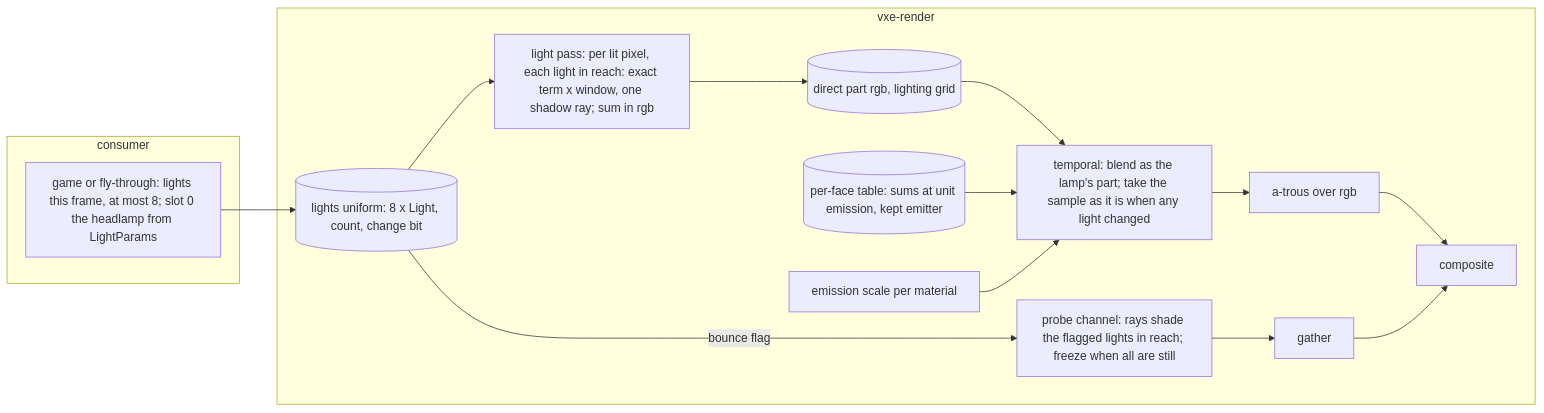
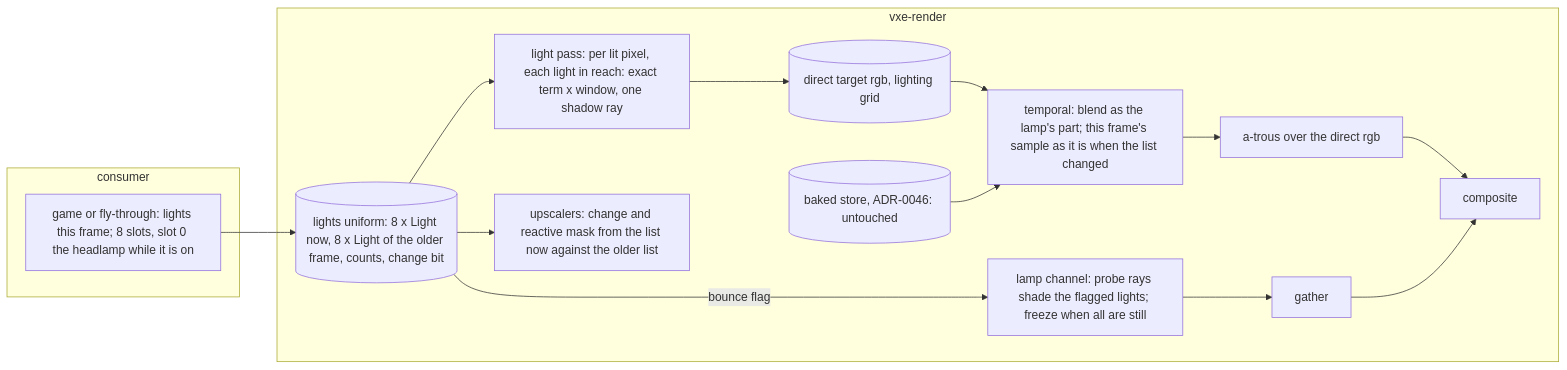
Before and after one commit to IgorKonovalov/voxel-engine: the diagram in docs/plans/0058-dynamic-lights-a-list-of-analytic-lights-dropped-carried-and-bounced.md, drawn with Mermaid. The commit also changed other lines of this file and 11 other files, not shown here.

````diff
--- a/docs/plans/0058-dynamic-lights-a-list-of-analytic-lights-dropped-carried-and-bounced.md
+++ b/docs/plans/0058-dynamic-lights-a-list-of-analytic-lights-dropped-carried-and-bounced.md
@@ -90,16 +115,16 @@
 ```mermaid
 flowchart LR
     subgraph consumer
-        G[game or fly-through: lights this frame, at most 8; slot 0 the headlamp from LightParams]
+        G[game or fly-through: lights this frame; 8 slots, slot 0 the headlamp while it is on]
     end
     subgraph vxe-render
-        G --> U[(lights uniform: 8 x Light, count, change bit)]
-        U --> LP[light pass: per lit pixel, each light in reach: exact term x window, one shadow ray; sum in rgb]
-        LP --> D[(direct part rgb, lighting grid)]
-        D --> TP[temporal: blend as the lamp's part; take the sample as it is when any light changed]
-        TP --> AT[a-trous over rgb] --> C[composite]
-        T[(per-face table: sums at unit emission, kept emitter)] --> TP
-        S[emission scale per material] --> TP
-        U -- bounce flag --> PU[probe channel: rays shade the flagged lights in reach; freeze when all are still] --> PG[gather] --> C
+        G --> U[(lights uniform: 8 x Light now, 8 x Light of the older frame, counts, change bit)]
+        U --> LP[light pass: per lit pixel, each light in reach: exact term x window, one shadow ray]
+        LP --> D[(direct target rgb, lighting grid)]
+        D --> TP[temporal: blend as the lamp's part; this frame's sample as it is when the list changed]
+        TP --> AT[a-trous over the direct rgb] --> C[composite]
+        ST[(baked store, ADR-0046: untouched)] --> TP
+        U --> RM[upscalers: change and reactive mask from the list now against the older list]
+        U -- bounce flag --> PU[lamp channel: probe rays shade the flagged lights; freeze when all are still] --> PG[gather] --> C
     end
 ```
````
